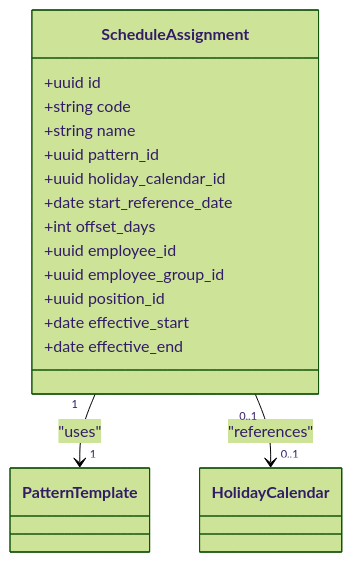
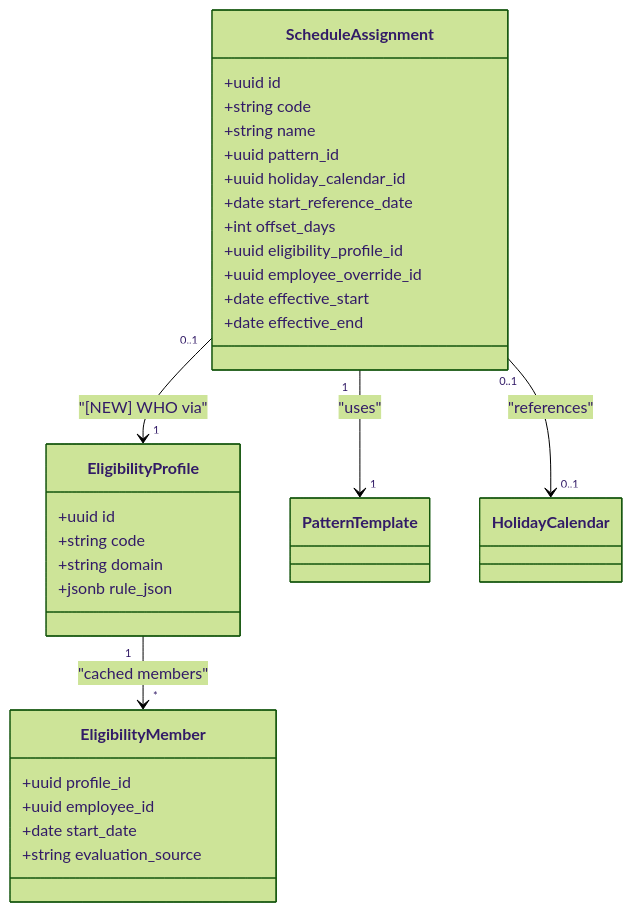
The fifth of 6 diagrams in docs/02-dbml/TA/01-scheduling-model.md (a4b-corporation/xTalent), drawn with Mermaid (forest theme) before and after one commit. The commit also changed other lines of this file and 6 other files, not shown here.

````diff
--- a/docs/02-dbml/TA/01-scheduling-model.md
+++ b/docs/02-dbml/TA/01-scheduling-model.md
@@ -479,20 +493,35 @@
 ```mermaid
 classDiagram
     class ScheduleAssignment {
         +uuid id
         +string code
         +string name
         +uuid pattern_id
         +uuid holiday_calendar_id
         +date start_reference_date
         +int offset_days
-        +uuid employee_id
-        +uuid employee_group_id
-        +uuid position_id
+        +uuid eligibility_profile_id
+        +uuid employee_override_id
         +date effective_start
         +date effective_end
     }
     
+    class EligibilityProfile {
+        +uuid id
+        +string code
+        +string domain
+        +jsonb rule_json
+    }
+
+    class EligibilityMember {
+        +uuid profile_id
+        +uuid employee_id
+        +date start_date
+        +string evaluation_source
+    }
+    
     ScheduleAssignment "1" --> "1" PatternTemplate : "uses"
     ScheduleAssignment "0..1" --> "0..1" HolidayCalendar : "references"
+    ScheduleAssignment "0..1" --> "1" EligibilityProfile : "[NEW] WHO via"
+    EligibilityProfile "1" --> "*" EligibilityMember : "cached members"
 ```
````
